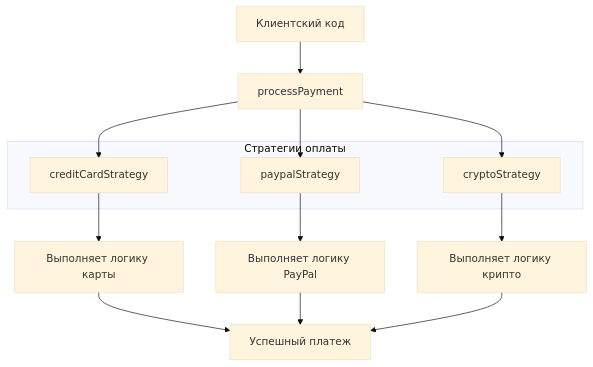
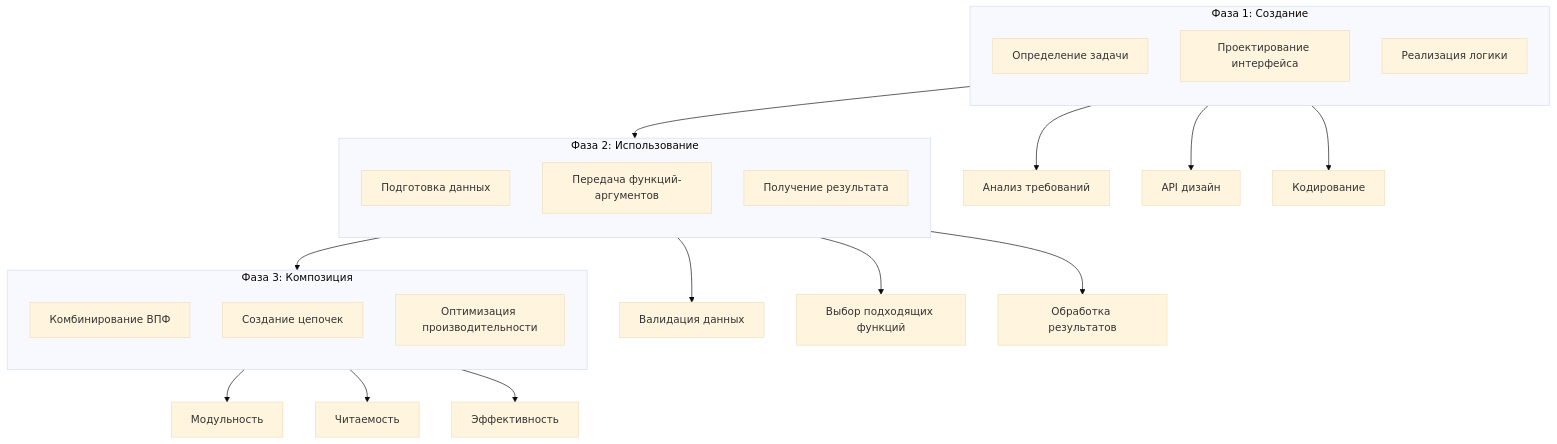
The seventh of 10 diagrams in module_001/high_order_functions_diagrams.md (softboxdev/javascript_frameworks), drawn with Mermaid (base theme) before and after one commit. The commit also changed other lines of this file, not shown here.

````diff
--- a/module_001/high_order_functions_diagrams.md
+++ b/module_001/high_order_functions_diagrams.md
@@ -122,22 +179,38 @@
 ```mermaid
-graph TD
-    A[Клиентский код] --> B[processPayment]
-    
-    subgraph C [Стратегии оплаты]
-        D[creditCardStrategy]
-        E[paypalStrategy]
-        F[cryptoStrategy]
+flowchart TD
+    subgraph A [Фаза 1: Создание]
+        direction TB
+        B[Определение задачи]
+        C[Проектирование интерфейса]
+        D[Реализация логики]
     end
     
-    B --> D
-    B --> E
-    B --> F
+    subgraph E [Фаза 2: Использование]
+        direction TB
+        F[Подготовка данных]
+        G[Передача функций-аргументов]
+        H[Получение результата]
+    end
     
-    D --> G[Выполняет логику карты]
-    E --> H[Выполняет логику PayPal]
-    F --> I[Выполняет логику крипто]
+    subgraph I [Фаза 3: Композиция]
+        direction TB
+        J[Комбинирование ВПФ]
+        K[Создание цепочек]
+        L[Оптимизация производительности]
+    end
     
-    G --> J[Успешный платеж]
-    H --> J
-    I --> J
+    A --> E
+    E --> I
+    
+    B --> M[Анализ требований]
+    C --> N[API дизайн]
+    D --> O[Кодирование]
+    
+    F --> P[Валидация данных]
+    G --> Q[Выбор подходящих функций]
+    H --> R[Обработка результатов]
+    
+    J --> S[Модульность]
+    K --> T[Читаемость]
+    L --> U[Эффективность]
 ```
````
